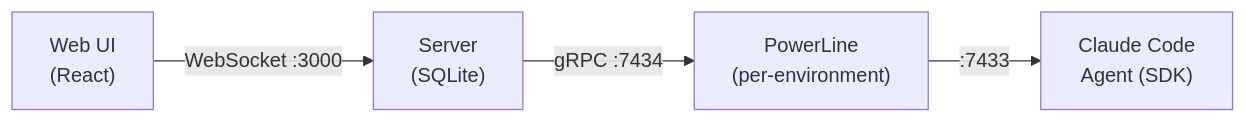
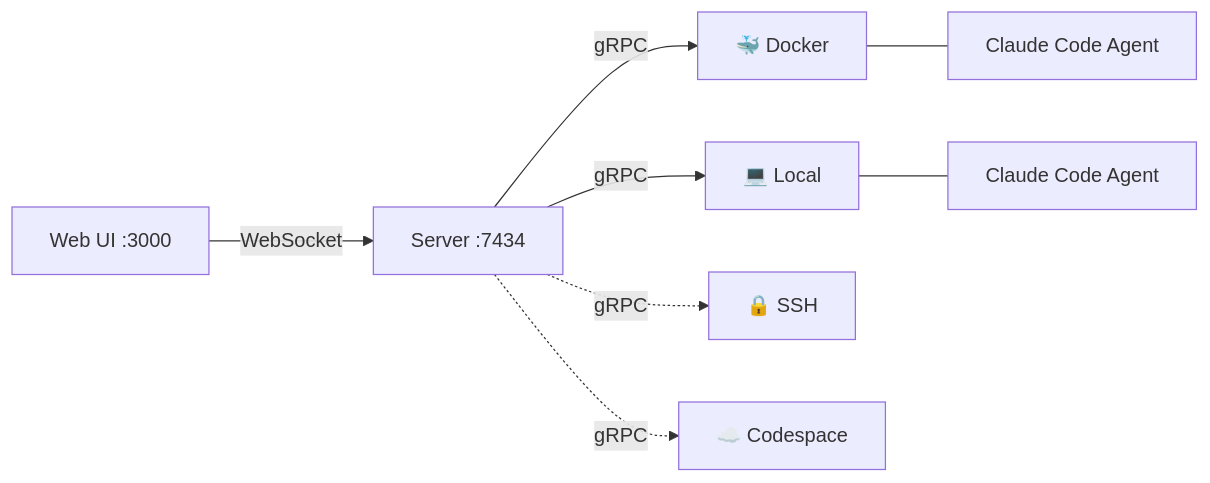
The diagram in README.md (nick-pape/grackle), drawn with Mermaid before and after one commit. The commit also changed other lines of this file, not shown here.

Commit message:
Add environments section and update architecture diagram
- Mermaid diagram shows Docker, Local, SSH, Codespace (dashed for planned)
- Environments table with adapter status and CLI commands
- Keep table and diagram complementary

````diff
--- a/README.md
+++ b/README.md
@@ -9,11 +9,19 @@
 ```mermaid
 graph LR
-    UI["Web UI<br/>(React)"]
-    Server["Server<br/>(SQLite)"]
-    PL["PowerLine<br/>(per-environment)"]
-    Agent["Claude Code<br/>Agent (SDK)"]
+    UI["Web UI :3000"]
+    Server["Server :7434"]
 
-    UI -- "WebSocket :3000" --> Server
-    Server -- "gRPC :7434" --> PL
-    PL -- ":7433" --> Agent
+    Docker["🐳 Docker"]
+    Local["💻 Local"]
+    SSH["🔒 SSH"]
+    CS["☁️ Codespace"]
+
+    UI -- WebSocket --> Server
+    Server -- gRPC --> Docker
+    Server -- gRPC --> Local
+    Server -. gRPC .-> SSH
+    Server -. gRPC .-> CS
+
+    Docker --- Agent1["Claude Code Agent"]
+    Local --- Agent2["Claude Code Agent"]
 ```
````
